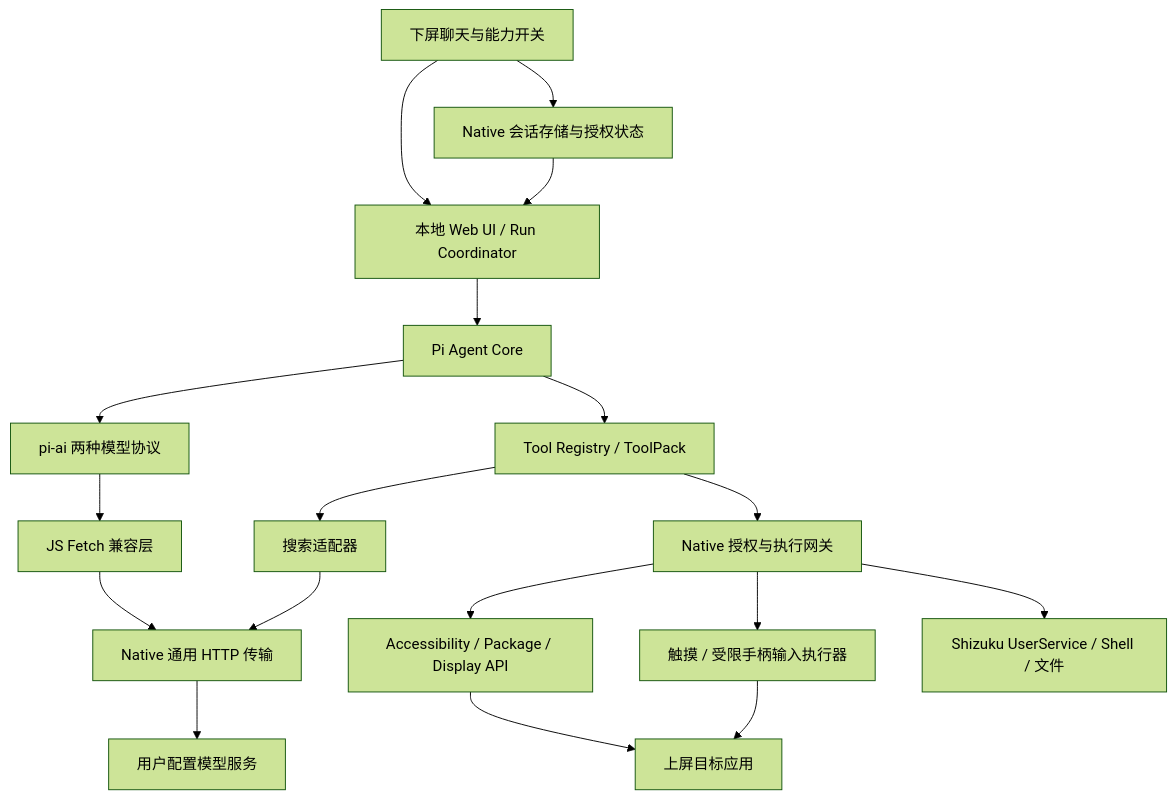
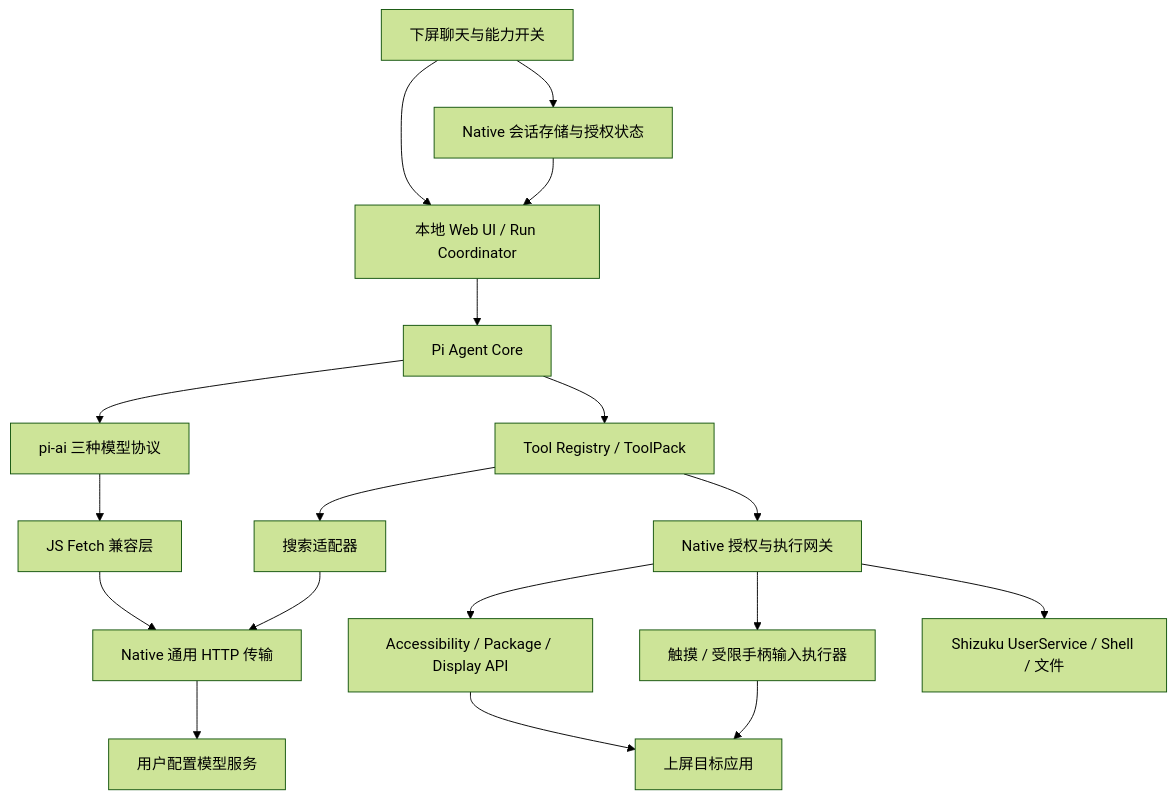
Before and after one commit to TobiasYin/loki: the diagram in docs/architecture.md, drawn with Mermaid (forest theme). The commit also changed other lines of this file and 37 other files, not shown here.

````diff
--- a/docs/architecture.md
+++ b/docs/architecture.md
@@ -6,20 +6,20 @@
 ```mermaid
 flowchart TB
   User[下屏聊天与能力开关] --> Session[Native 会话存储与授权状态]
   User --> Runtime[本地 Web UI / Run Coordinator]
   Session --> Runtime
   Runtime --> Pi[Pi Agent Core]
-  Pi --> Models[pi-ai 两种模型协议]
+  Pi --> Models[pi-ai 三种模型协议]
   Models --> Fetch[JS Fetch 兼容层]
   Fetch --> Transport[Native 通用 HTTP 传输]
   Transport --> API[用户配置模型服务]
   Pi --> Registry[Tool Registry / ToolPack]
   Registry --> Gate[Native 授权与执行网关]
   Gate --> Perception[Accessibility / Package / Display API]
   Gate --> Control[触摸 / 受限手柄输入执行器]
   Gate --> Debug[Shizuku UserService / Shell / 文件]
   Registry --> Search[搜索适配器]
   Search --> Transport
   Perception --> Upper[上屏目标应用]
   Control --> Upper
 ```
````
